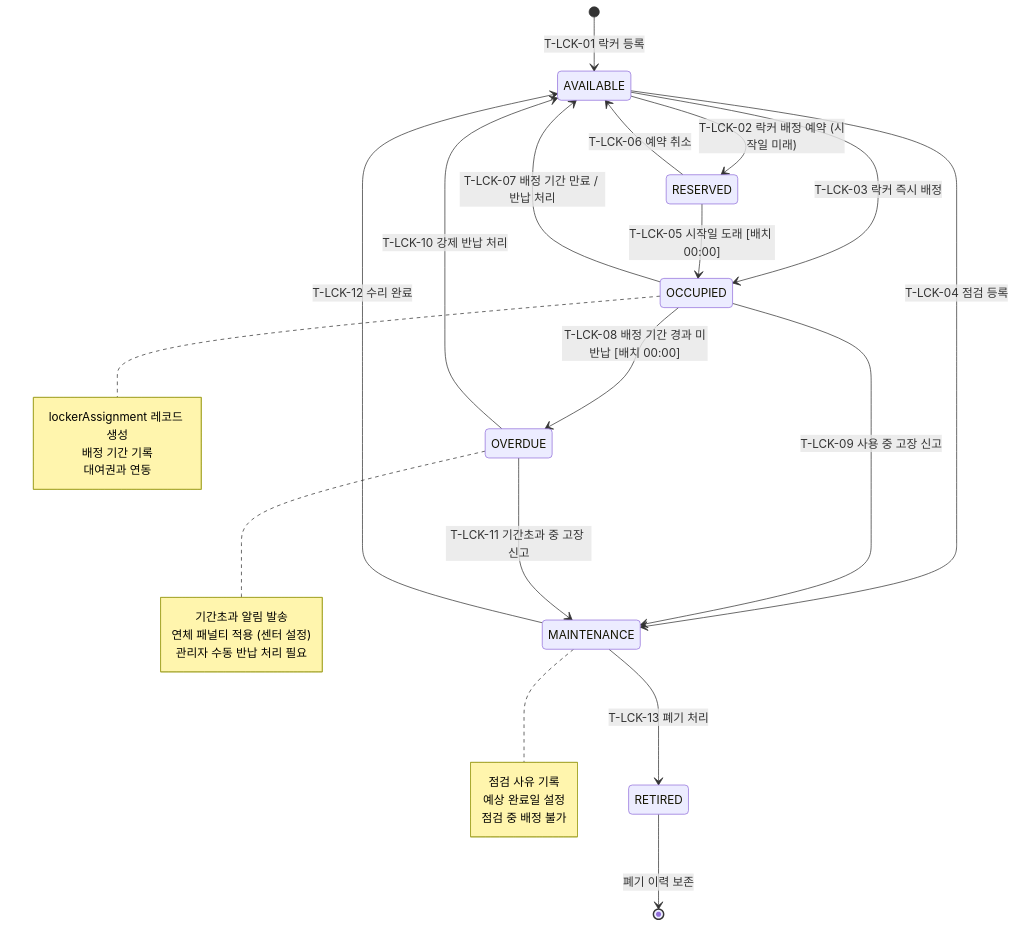
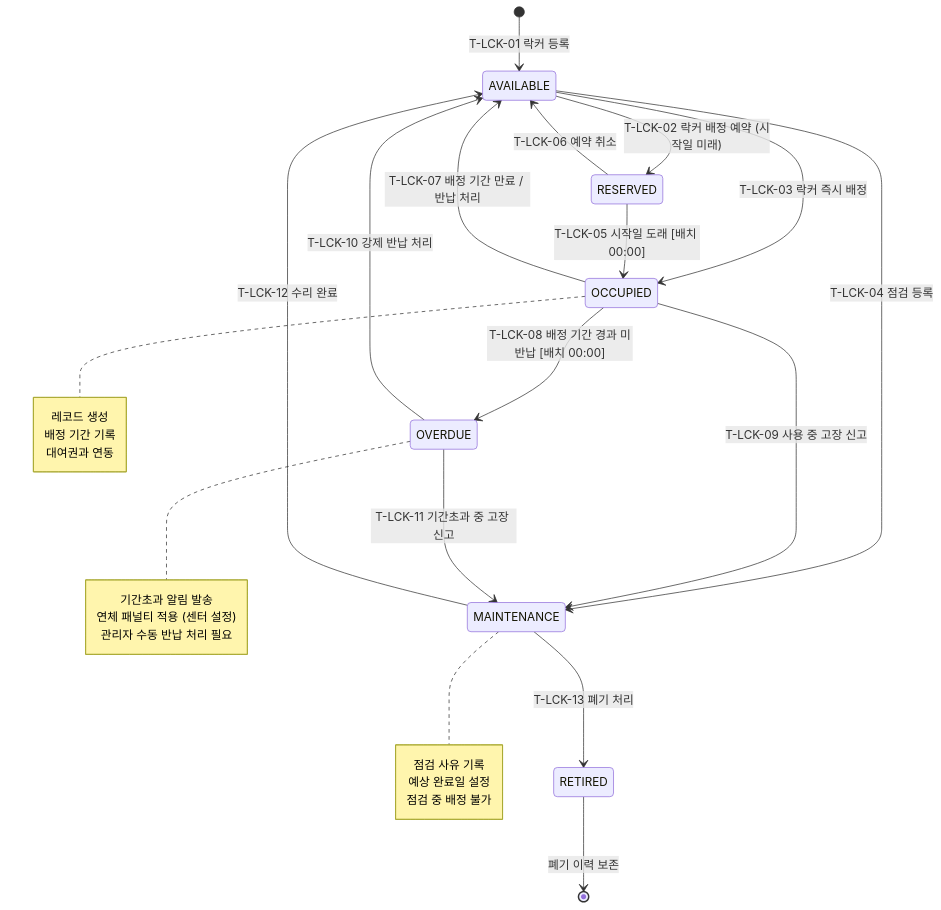
Before and after one commit to dev-spogym/admin-pando: the diagram in docs/다이어그램/20_상태전이도/20-11_LockerStatus.md, drawn with Mermaid. The commit also changed other lines of this file and 1660 other files, not shown here.

First line of the commit message:
다이어그램: 기획자/클라이언트 납품본으로 정리

````diff
--- a/docs/다이어그램/20_상태전이도/20-11_LockerStatus.md
+++ b/docs/다이어그램/20_상태전이도/20-11_LockerStatus.md
@@ -35,41 +26,41 @@
 ```mermaid
 stateDiagram-v2
     [*] --> AVAILABLE : T-LCK-01 락커 등록
 
     AVAILABLE --> RESERVED : T-LCK-02 락커 배정 예약 (시작일 미래)
     AVAILABLE --> OCCUPIED : T-LCK-03 락커 즉시 배정
     AVAILABLE --> MAINTENANCE : T-LCK-04 점검 등록
 
     RESERVED --> OCCUPIED : T-LCK-05 시작일 도래 [배치 00:00]
     RESERVED --> AVAILABLE : T-LCK-06 예약 취소
 
     OCCUPIED --> AVAILABLE : T-LCK-07 배정 기간 만료 / 반납 처리
     OCCUPIED --> OVERDUE : T-LCK-08 배정 기간 경과 미반납 [배치 00:00]
     OCCUPIED --> MAINTENANCE : T-LCK-09 사용 중 고장 신고
 
     OVERDUE --> AVAILABLE : T-LCK-10 강제 반납 처리
     OVERDUE --> MAINTENANCE : T-LCK-11 기간초과 중 고장 신고
 
     MAINTENANCE --> AVAILABLE : T-LCK-12 수리 완료
     MAINTENANCE --> RETIRED : T-LCK-13 폐기 처리
 
     RETIRED --> [*] : 폐기 이력 보존
 
     note right of OCCUPIED
-        lockerAssignment 레코드 생성
+         레코드 생성
         배정 기간 기록
         대여권과 연동
     end note
 
     note right of OVERDUE
         기간초과 알림 발송
         연체 패널티 적용 (센터 설정)
         관리자 수동 반납 처리 필요
     end note
 
     note right of MAINTENANCE
         점검 사유 기록
         예상 완료일 설정
         점검 중 배정 불가
     end note
 ```
````
